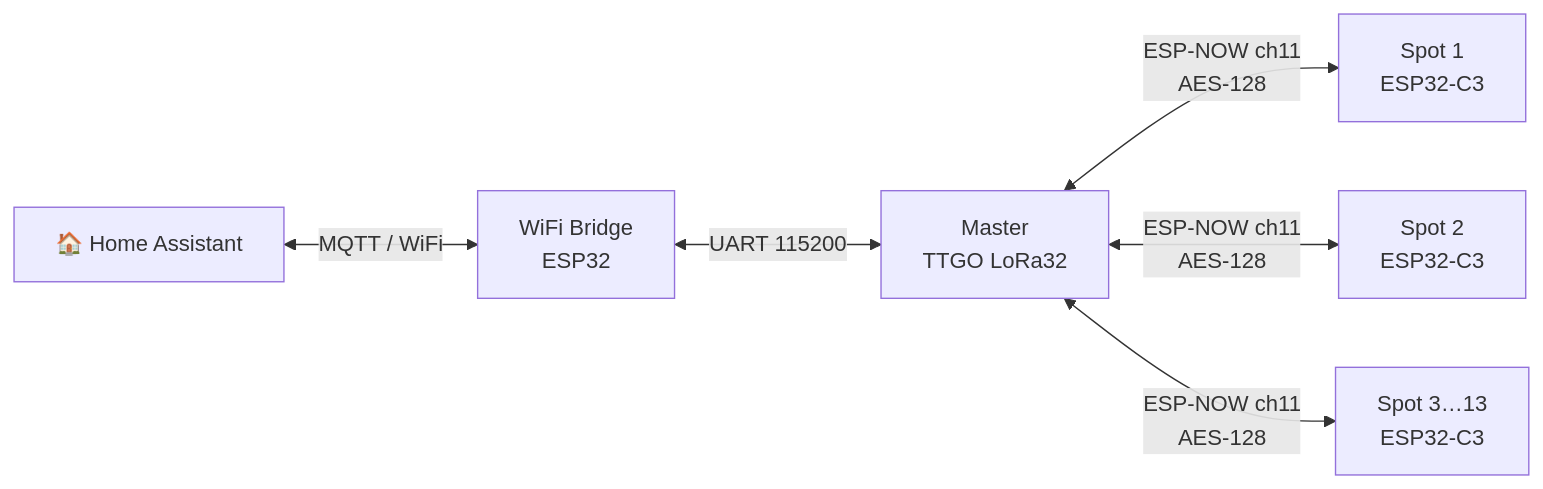
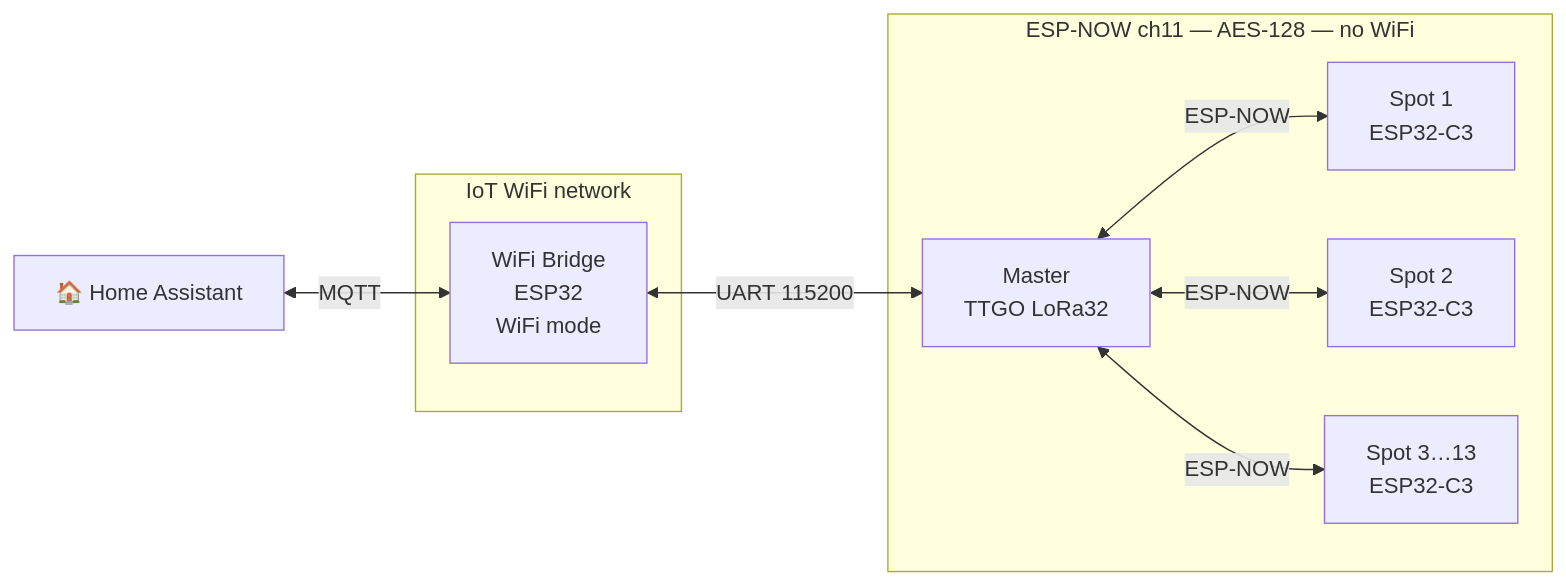
The first of 2 diagrams in README.md (FaisalHussain95/esp32-espnow-led-spots), drawn with Mermaid before and after one commit.

Commit message:
feat: subgraphs for WiFi and ESP-NOW networks

````diff
--- a/README.md
+++ b/README.md
@@ -5,15 +5,21 @@
 ```mermaid
 graph LR
     HA[🏠 Home Assistant]
-    BR[WiFi Bridge\nESP32]
-    MA[Master\nTTGO LoRa32]
-    S1[Spot 1\nESP32-C3]
-    S2[Spot 2\nESP32-C3]
-    SN[Spot 3…13\nESP32-C3]
 
-    HA <-->|MQTT / WiFi| BR
+    subgraph wifi_net[IoT WiFi network]
+        BR[WiFi Bridge\nESP32\nWiFi mode]
+    end
+
+    subgraph espnow_net[ESP-NOW ch11 — AES-128 — no WiFi]
+        MA[Master\nTTGO LoRa32]
+        S1[Spot 1\nESP32-C3]
+        S2[Spot 2\nESP32-C3]
+        SN[Spot 3…13\nESP32-C3]
+        MA <-->|ESP-NOW| S1
+        MA <-->|ESP-NOW| S2
+        MA <-->|ESP-NOW| SN
+    end
+
+    HA <-->|MQTT| BR
     BR <-->|UART 115200| MA
-    MA <-->|ESP-NOW ch11\nAES-128| S1
-    MA <-->|ESP-NOW ch11\nAES-128| S2
-    MA <-->|ESP-NOW ch11\nAES-128| SN
 ```
````
